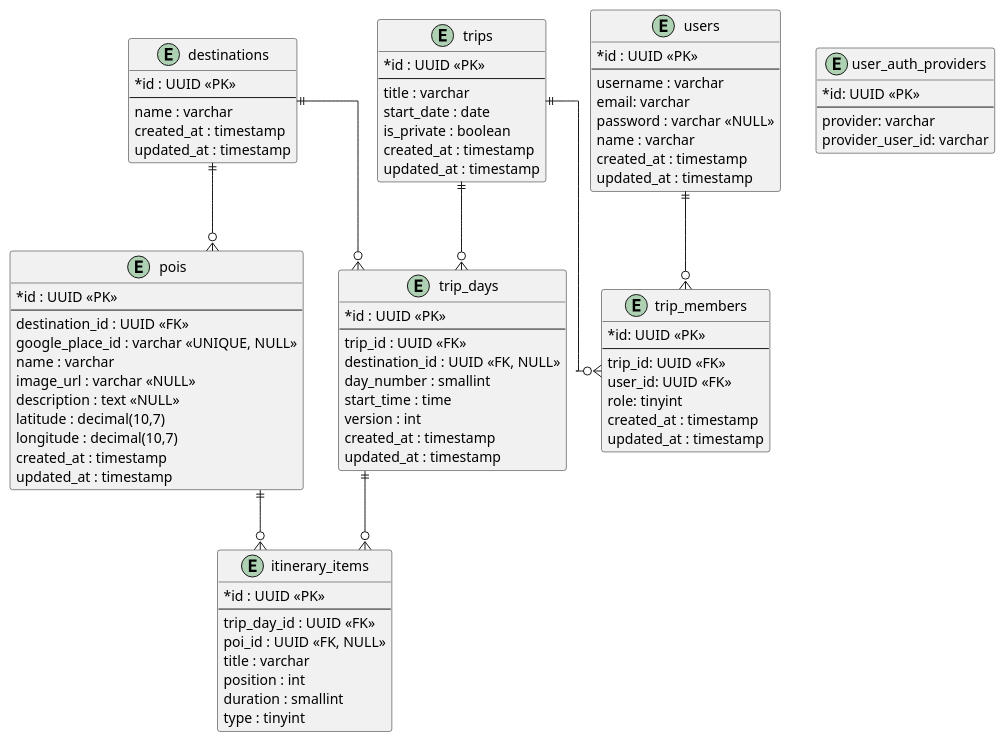
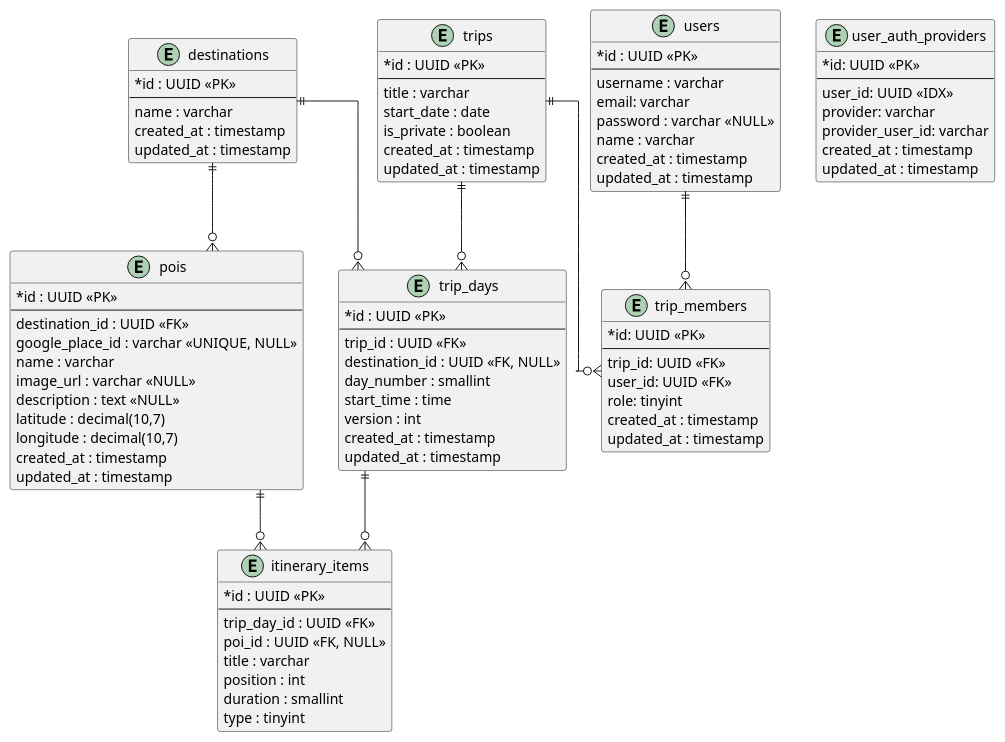
Before and after one commit to MazterSamzz/Trip: the diagram in docs/architecture/erd/trip-erd.puml, drawn with PlantUML. The commit also changed 22 other files, not shown here.

```diff
--- a/docs/architecture/erd/trip-erd.puml
+++ b/docs/architecture/erd/trip-erd.puml
@@ -1,101 +1,104 @@
 @startuml Trip
 skinparam linetype ortho
 skinparam classAttributeIconSize 0
 
 ' ===== Entitas utama =====
 entity trips {
     * id : UUID <<PK>>
     --
     title : varchar
     start_date : date
     is_private : boolean
     created_at : timestamp
     updated_at : timestamp
 }
 
 entity destinations {
     * id : UUID <<PK>>
     --
     name : varchar
     created_at : timestamp
     updated_at : timestamp
 }
 
 entity pois {
     * id : UUID <<PK>>
     --
     destination_id : UUID <<FK>>
     google_place_id : varchar <<UNIQUE, NULL>>
     name : varchar
     image_url : varchar <<NULL>>
     description : text <<NULL>>
     latitude : decimal(10,7)
     longitude : decimal(10,7)
     created_at : timestamp
     updated_at : timestamp
 }
 
 entity trip_days {
     * id : UUID <<PK>>
     --
     trip_id : UUID <<FK>>
     destination_id : UUID <<FK, NULL>>
     day_number : smallint
     start_time : time
     version : int
     created_at : timestamp
     updated_at : timestamp
 }
 
 entity itinerary_items {
     * id : UUID <<PK>>
     --
     trip_day_id : UUID <<FK>>
     poi_id : UUID <<FK, NULL>>
     title : varchar
     position : int
     duration : smallint
     type : tinyint
 }
 
 entity users {
     * id : UUID <<PK>>
     --
     username : varchar
     email: varchar
     password : varchar <<NULL>>
     name : varchar
     created_at : timestamp
     updated_at : timestamp
 }
 
 entity user_auth_providers {
     *id: UUID <<PK>>
     --
+    user_id: UUID <<IDX>>
     provider: varchar
     provider_user_id: varchar
+    created_at : timestamp
+    updated_at : timestamp
 }
 
 entity trip_members {
     *id: UUID <<PK>>
     --
     trip_id: UUID <<FK>>
     user_id: UUID <<FK>>
     role: tinyint
     created_at : timestamp
     updated_at : timestamp
 }
 
 ' ===== Relationships =====
 trips ||--o{ trip_days
 trips ||--o{ trip_members
 users ||--o{ trip_members
 
 destinations ||--o{ pois
 destinations ||--o{ trip_days
 
 trip_days ||--o{ itinerary_items
 pois ||--o{ itinerary_items
 
 
 @enduml
```
